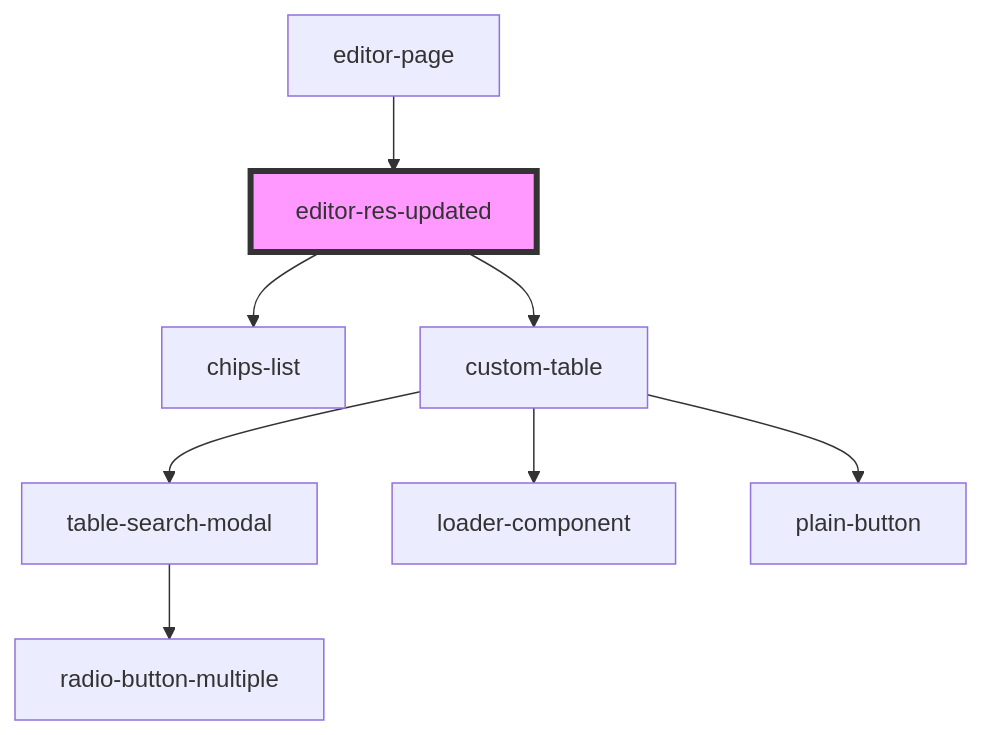
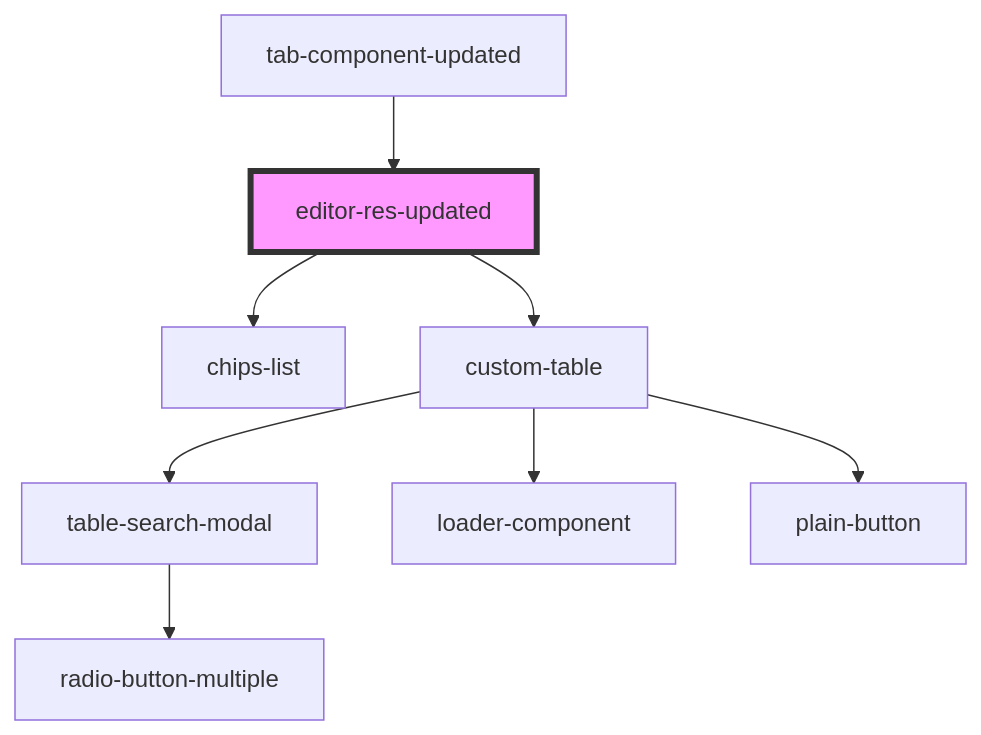
One commit to techvariable/NeptuneConnectComponents changed the diagram in src/components/editor-res-updated/readme.md. Above: the diagram before and after it, drawn with Mermaid. The commit also changed other lines of this file and 8 other files, not shown here.

````diff
--- a/src/components/editor-res-updated/readme.md
+++ b/src/components/editor-res-updated/readme.md
@@ -20,11 +20,11 @@
 ```mermaid
 graph TD;
   editor-res-updated --> chips-list
   editor-res-updated --> custom-table
   custom-table --> table-search-modal
   custom-table --> loader-component
   custom-table --> plain-button
   table-search-modal --> radio-button-multiple
-  editor-page --> editor-res-updated
+  tab-component-updated --> editor-res-updated
   style editor-res-updated fill:#f9f,stroke:#333,stroke-width:4px
 ```
````
